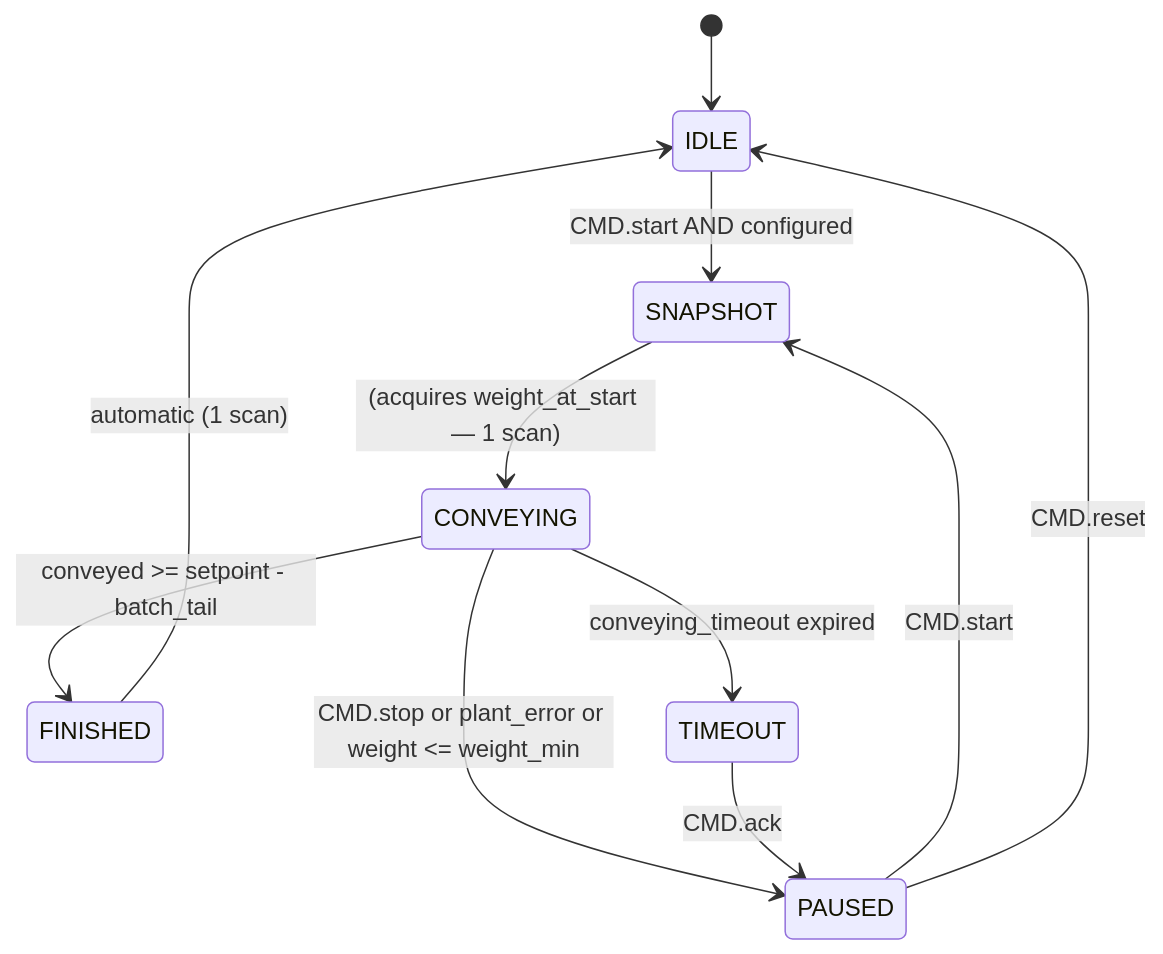
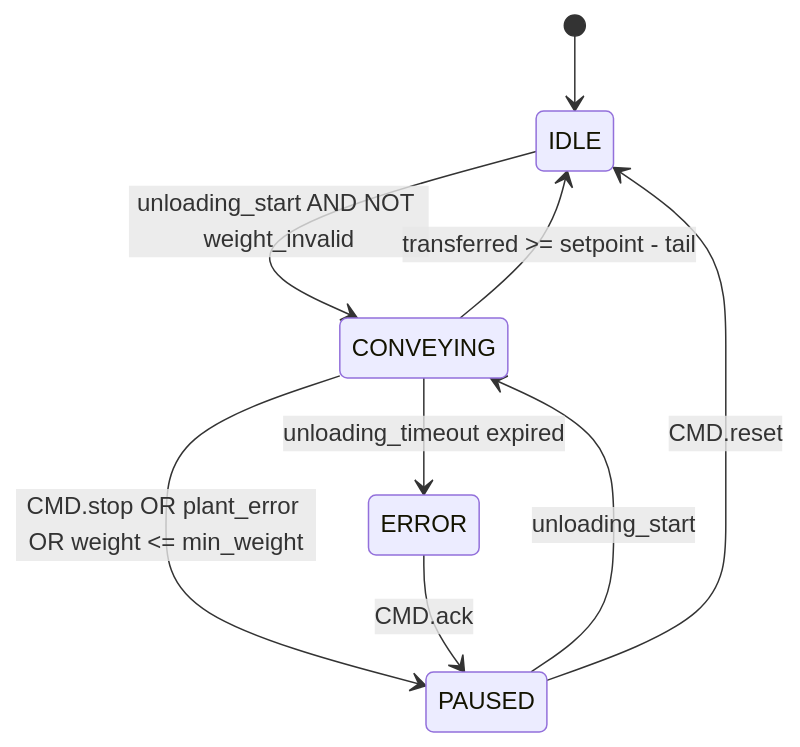
Before and after one commit to AleFire99/TIA_knowledge: the third of 3 diagrams in docs/library/load-cells/index.en.md, drawn with Mermaid. The commit also changed other lines of this file and 95 other files, not shown here.

````diff
--- a/docs/library/load-cells/index.en.md
+++ b/docs/library/load-cells/index.en.md
@@ -174,14 +229,12 @@
 ```mermaid
 stateDiagram-v2
     [*] --> IDLE
 
-    IDLE --> SNAPSHOT : CMD.start AND configured
-    SNAPSHOT --> CONVEYING : (acquires weight_at_start — 1 scan)
-    CONVEYING --> FINISHED : conveyed >= setpoint - batch_tail
-    CONVEYING --> PAUSED : CMD.stop or plant_error or weight <= weight_min
-    CONVEYING --> TIMEOUT : conveying_timeout expired
-    FINISHED --> IDLE : automatic (1 scan)
-    PAUSED --> SNAPSHOT : CMD.start
+    IDLE --> CONVEYING : unloading_start AND NOT weight_invalid
+    CONVEYING --> IDLE : transferred >= setpoint - tail
+    CONVEYING --> PAUSED : CMD.stop OR plant_error OR weight <= min_weight
+    CONVEYING --> ERROR : unloading_timeout expired
+    PAUSED --> CONVEYING : unloading_start
     PAUSED --> IDLE : CMD.reset
-    TIMEOUT --> PAUSED : CMD.ack
+    ERROR --> PAUSED : CMD.ack
 ```
````
